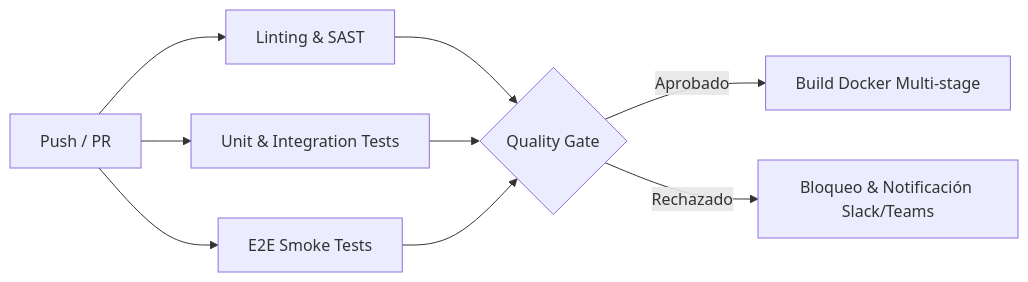
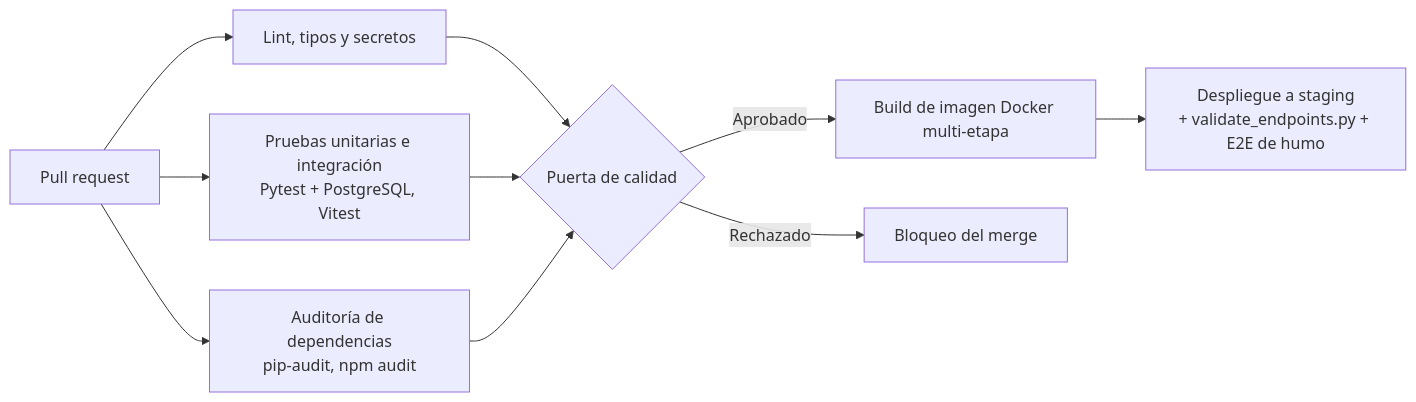
One commit to jnmontoy/sdd changed the diagram in greenfield/06_protocolo_devops_cicd_y_calidad.md. Above: the diagram before and after it, drawn with Mermaid. The commit also changed other lines of this file and 152 other files, not shown here.

````diff
--- a/greenfield/06_protocolo_devops_cicd_y_calidad.md
+++ b/greenfield/06_protocolo_devops_cicd_y_calidad.md
@@ -87,11 +129,12 @@
 ```mermaid
 graph LR
-    A[Push / PR] --> B[Linting & SAST]
-    A --> C[Unit & Integration Tests]
-    A --> D[E2E Smoke Tests]
-    B --> E{Quality Gate}
+    A[Pull request] --> B[Lint, tipos y secretos]
+    A --> C[Pruebas unitarias e integración<br/>Pytest + PostgreSQL, Vitest]
+    A --> D[Auditoría de dependencias<br/>pip-audit, npm audit]
+    B --> E{Puerta de calidad}
     C --> E
     D --> E
-    E -- Aprobado --> F[Build Docker Multi-stage]
-    E -- Rechazado --> G[Bloqueo & Notificación Slack/Teams]
+    E -- Aprobado --> F[Build de imagen Docker multi-etapa]
+    F --> G[Despliegue a staging<br/>+ validate_endpoints.py + E2E de humo]
+    E -- Rechazado --> H[Bloqueo del merge]
 ```
````
